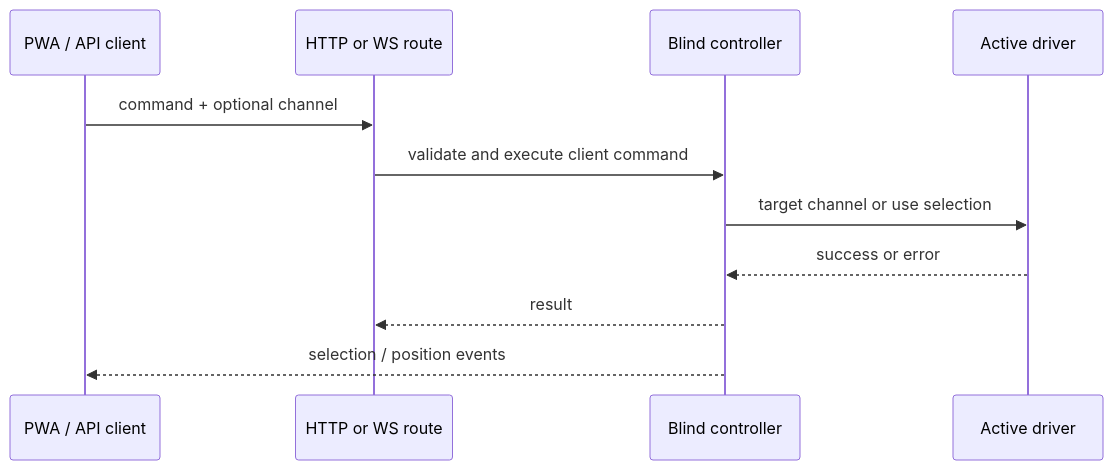
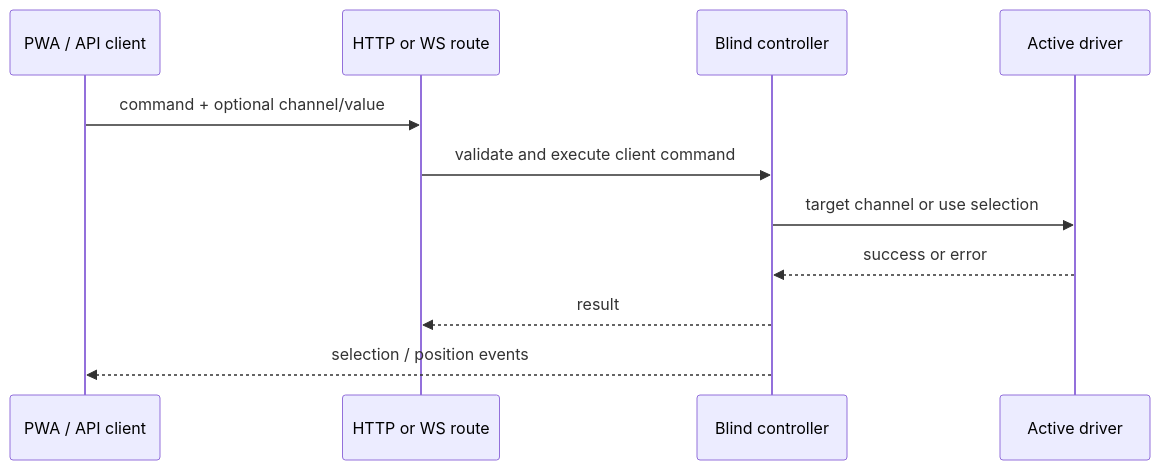
Before and after one commit to melkir/remote-gpio: the third of 4 diagrams in docs/ARCHITECTURE.md, drawn with Mermaid. The commit also changed other lines of this file and 8 other files, not shown here.

````diff
--- a/docs/ARCHITECTURE.md
+++ b/docs/ARCHITECTURE.md
@@ -129,14 +129,14 @@
 ```mermaid
 sequenceDiagram
   participant UI as PWA / API client
   participant HTTP as HTTP or WS route
   participant Controller as Blind controller
   participant Driver as Active driver
 
-  UI->>HTTP: command + optional channel
+  UI->>HTTP: command + optional channel/value
   HTTP->>Controller: validate and execute client command
   Controller->>Driver: target channel or use selection
   Driver-->>Controller: success or error
   Controller-->>HTTP: result
   Controller-->>UI: selection / position events
 ```
````
